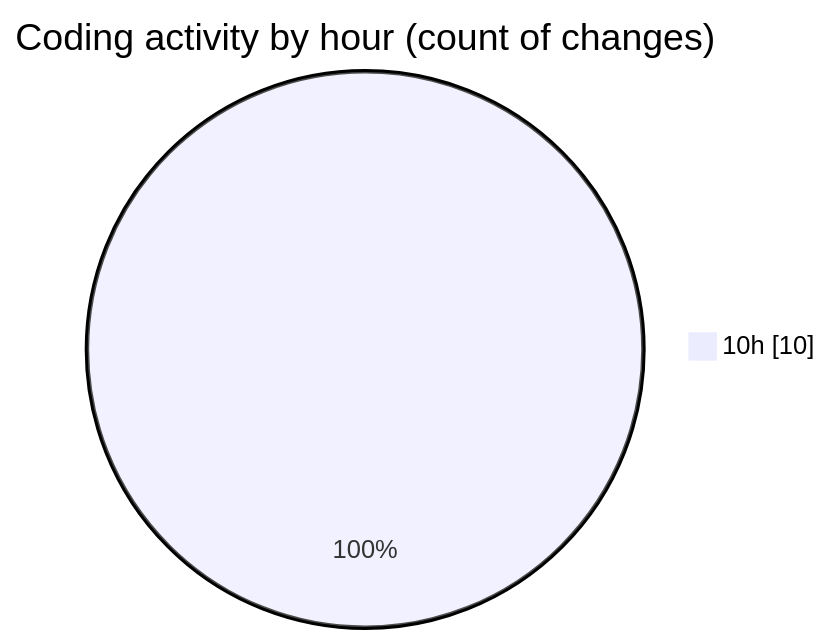
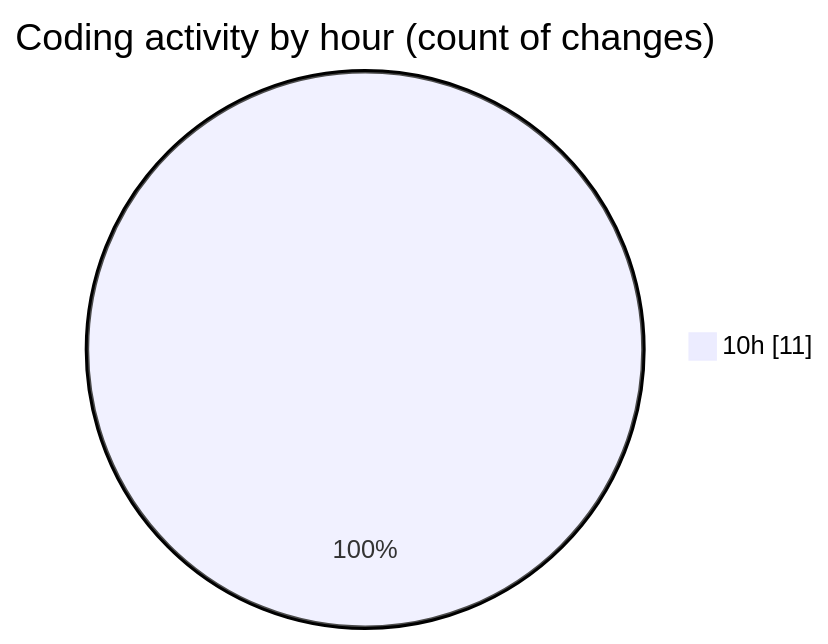
The second of 2 diagrams in 2025-01-29/audiobooks-web/README.md (robertbonfada/code-tracking), drawn with Mermaid before and after one commit. The commit also changed other lines of this file and 1 other file, not shown here.

````diff
--- a/2025-01-29/audiobooks-web/README.md
+++ b/2025-01-29/audiobooks-web/README.md
@@ -32,5 +32,5 @@
 ```mermaid
 pie showData
 title Coding activity by hour (count of changes)
-"10h" : 10
+"10h" : 11
 ```
````
